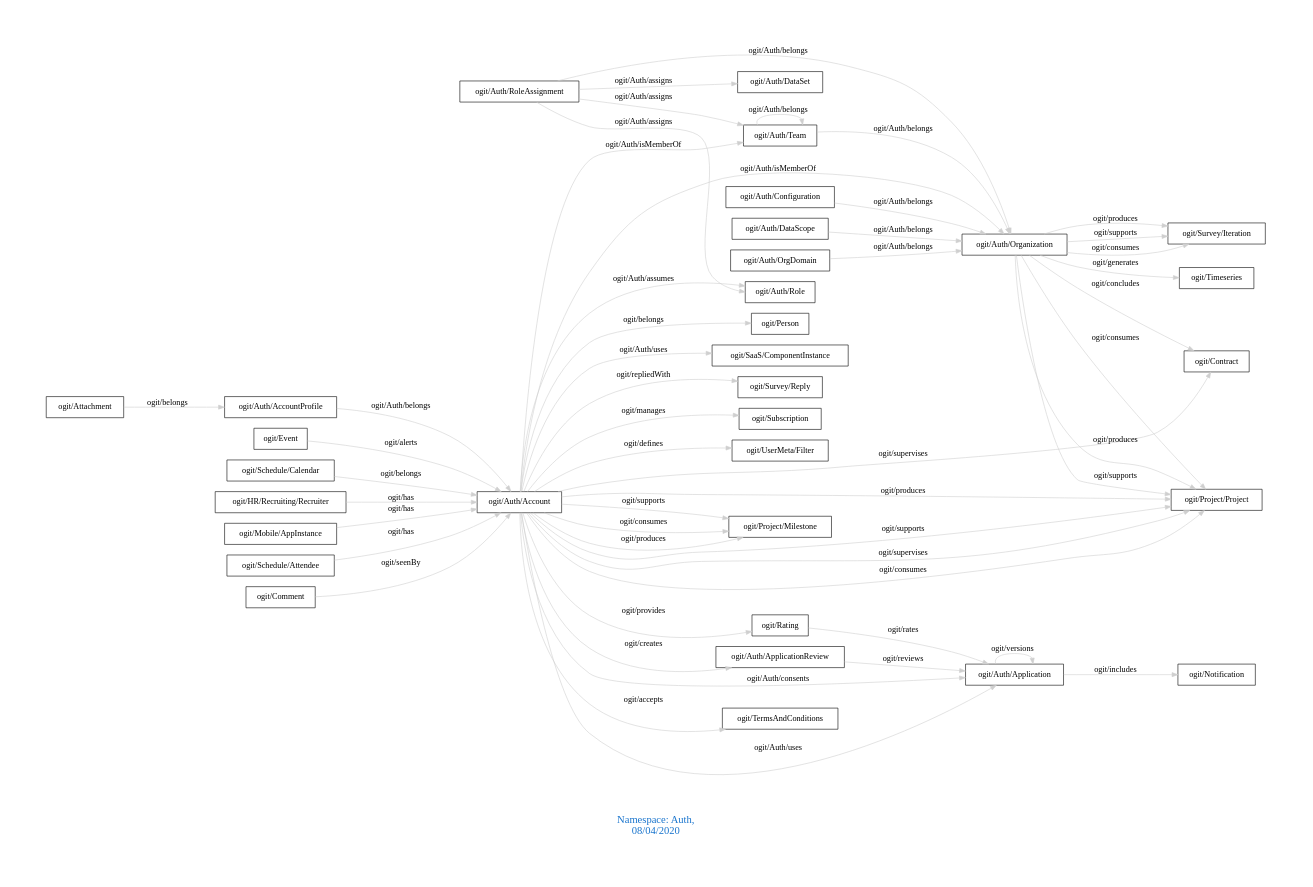
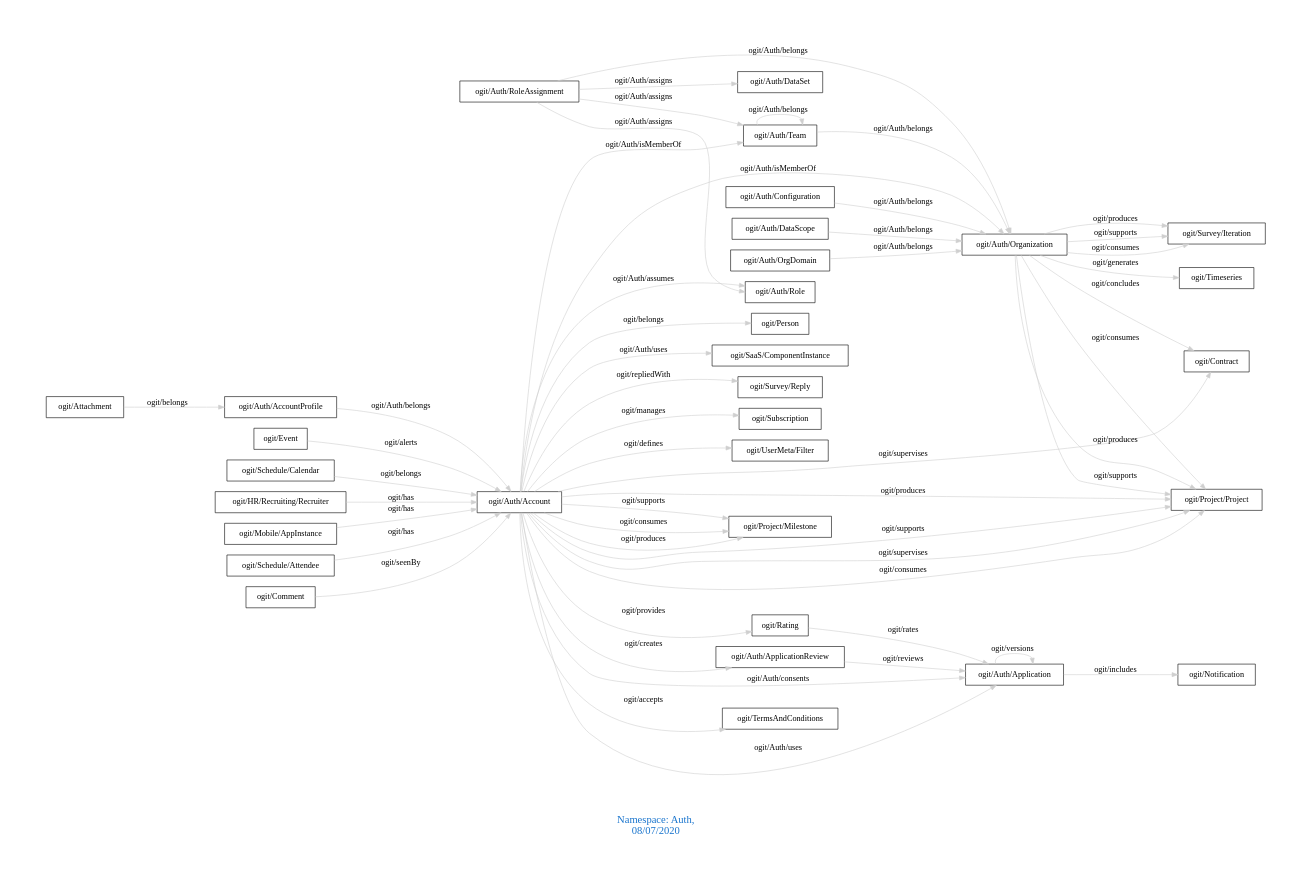
The diagram in downloads/Auth.dot (arago/OGIT), drawn with Graphviz before and after one commit. The commit also changed 1770 other files, not shown here.

```diff
--- a/downloads/Auth.dot
+++ b/downloads/Auth.dot
@@ -1,58 +1,58 @@
 digraph OGIT_ontology {
  graph [ rankdir= LR,pad=1 
 fontsize = 18,
-fontcolor= dodgerblue3,label = "\n\n\nNamespace: Auth, \n 08/04/2020"];
+fontcolor= dodgerblue3,label = "\n\n\nNamespace: Auth, \n 08/07/2020"];
 node[shape=polygon];
 edge [  color="gray81"];
 
    "ogit/Auth/Account" -> "ogit/Subscription" [label="   ogit/manages    "];
    "ogit/Auth/Account" -> "ogit/UserMeta/Filter" [label="   ogit/defines    "];
    "ogit/Auth/AccountProfile" -> "ogit/Auth/Account" [label="   ogit/Auth/belongs    "];
    "ogit/Auth/Configuration" -> "ogit/Auth/Organization" [label="   ogit/Auth/belongs    "];
    "ogit/Auth/DataScope" -> "ogit/Auth/Organization" [label="   ogit/Auth/belongs    "];
    "ogit/Auth/OrgDomain" -> "ogit/Auth/Organization" [label="   ogit/Auth/belongs    "];
    "ogit/Auth/RoleAssignment" -> "ogit/Auth/Organization" [label="   ogit/Auth/belongs    "];
    "ogit/Auth/Team" -> "ogit/Auth/Organization" [label="   ogit/Auth/belongs    "];
    "ogit/Auth/Organization" -> "ogit/Contract" [label="   ogit/concludes    "];
    "ogit/Auth/Account" -> "ogit/Project/Milestone" [label="   ogit/supports    "];
    "ogit/Auth/Account" -> "ogit/Project/Project" [label="   ogit/supports    "];
    "ogit/Auth/Organization" -> "ogit/Project/Project" [label="   ogit/supports    "];
    "ogit/Auth/Organization" -> "ogit/Survey/Iteration" [label="   ogit/supports    "];
    "ogit/Auth/Account" -> "ogit/Project/Project" [label="   ogit/supervises    "];
    "ogit/Auth/Account" -> "ogit/Contract" [label="   ogit/supervises    "];
    "ogit/Auth/Organization" -> "ogit/Timeseries" [label="   ogit/generates    "];
    "ogit/Auth/Account" -> "ogit/Project/Milestone" [label="   ogit/consumes    "];
    "ogit/Auth/Account" -> "ogit/Project/Project" [label="   ogit/consumes    "];
    "ogit/Auth/Organization" -> "ogit/Project/Project" [label="   ogit/consumes    "];
    "ogit/Auth/Organization" -> "ogit/Survey/Iteration" [label="   ogit/consumes    "];
    "ogit/Auth/Application" -> "ogit/Notification" [label="   ogit/includes    "];
    "ogit/Auth/Account" -> "ogit/Auth/Role" [label="   ogit/Auth/assumes    "];
    "ogit/Auth/Account" -> "ogit/TermsAndConditions" [label="   ogit/accepts    "];
    "ogit/Auth/Account" -> "ogit/Auth/ApplicationReview" [label="   ogit/creates    "];
    "ogit/Auth/Account" -> "ogit/Auth/Application" [label="   ogit/Auth/consents    "];
    "ogit/Auth/RoleAssignment" -> "ogit/Auth/Role" [label="   ogit/Auth/assigns    "];
    "ogit/Auth/RoleAssignment" -> "ogit/Auth/Team" [label="   ogit/Auth/assigns    "];
    "ogit/Auth/RoleAssignment" -> "ogit/Auth/DataSet" [label="   ogit/Auth/assigns    "];
    "ogit/Rating" -> "ogit/Auth/Application" [label="   ogit/rates    "];
    "ogit/Event" -> "ogit/Auth/Account" [label="   ogit/alerts    "];
    "ogit/Auth/ApplicationReview" -> "ogit/Auth/Application" [label="   ogit/reviews    "];
    "ogit/Auth/Account" -> "ogit/Rating" [label="   ogit/provides    "];
    "ogit/Auth/Account" -> "ogit/Project/Milestone" [label="   ogit/produces    "];
    "ogit/Auth/Account" -> "ogit/Project/Project" [label="   ogit/produces    "];
    "ogit/Auth/Organization" -> "ogit/Project/Project" [label="   ogit/produces    "];
    "ogit/Auth/Organization" -> "ogit/Survey/Iteration" [label="   ogit/produces    "];
    "ogit/Auth/Account" -> "ogit/Person" [label="   ogit/belongs    "];
    "ogit/Schedule/Calendar" -> "ogit/Auth/Account" [label="   ogit/belongs    "];
    "ogit/Attachment" -> "ogit/Auth/AccountProfile" [label="   ogit/belongs    "];
    "ogit/Auth/Account" -> "ogit/Auth/Organization" [label="   ogit/Auth/isMemberOf    "];
    "ogit/Auth/Account" -> "ogit/Auth/Team" [label="   ogit/Auth/isMemberOf    "];
    "ogit/Auth/Account" -> "ogit/Auth/Application" [label="   ogit/Auth/uses    "];
    "ogit/Auth/Account" -> "ogit/SaaS/ComponentInstance" [label="   ogit/Auth/uses    "];
    "ogit/Auth/Account" -> "ogit/Survey/Reply" [label="   ogit/repliedWith    "];
    "ogit/HR/Recruiting/Recruiter" -> "ogit/Auth/Account" [label="   ogit/has    "];
    "ogit/Mobile/AppInstance" -> "ogit/Auth/Account" [label="   ogit/has    "];
    "ogit/Schedule/Attendee" -> "ogit/Auth/Account" [label="   ogit/has    "];
    "ogit/Comment" -> "ogit/Auth/Account" [label="   ogit/seenBy    "];
    "ogit/Auth/Application" -> "ogit/Auth/Application" [label="   ogit/versions    "];
    "ogit/Auth/Team" -> "ogit/Auth/Team" [label="   ogit/Auth/belongs    "];
 }
```
